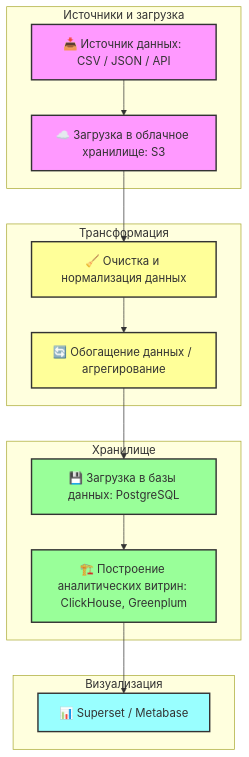
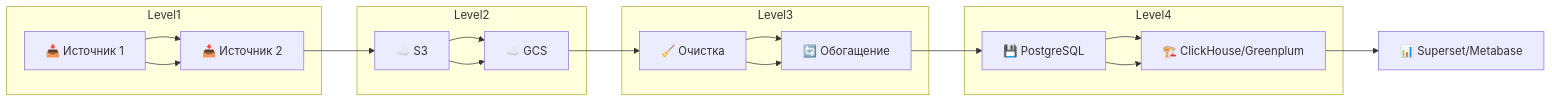
The diagram in README.md (Dia-no-Ace/Dia-no-Ace), drawn with Mermaid before and after one commit.

````diff
--- a/README.md
+++ b/README.md
@@ -29,35 +29,35 @@
 ```mermaid
-flowchart TB
-    %% Первый уровень: источники и загрузка
-    subgraph Источники и загрузка
-        A[📥 Источник данных: CSV / JSON / API] --> B[☁️ Загрузка в облачное хранилище: S3]
+flowchart LR
+    %% Уровень 1: Источники данных
+    A1[📥 Источник 1] --> A2[📥 Источник 2]
+    subgraph Level1
+        A1 --> A2
     end
 
-    %% Второй уровень: трансформация
-    subgraph Трансформация
-        B --> C[🧹 Очистка и нормализация данных]
-        C --> D[🔄 Обогащение данных / агрегирование]
+    %% Уровень 2: Загрузка в облако
+    B1[☁️ S3] --> B2[☁️ GCS]
+    subgraph Level2
+        B1 --> B2
     end
 
-    %% Третий уровень: хранилище
-    subgraph Хранилище
-        D --> E[💾 Загрузка в базы данных: PostgreSQL]
-        E --> F[🏗️ Построение аналитических витрин: ClickHouse, Greenplum]
+    %% Уровень 3: Трансформация
+    C1[🧹 Очистка] --> C2[🔄 Обогащение]
+    subgraph Level3
+        C1 --> C2
     end
 
-    %% Четвертый уровень: визуализация
-    subgraph Визуализация
-        F --> G[📊 Superset / Metabase]
+    %% Уровень 4: Хранилище и витрины
+    D1[💾 PostgreSQL] --> D2[🏗️ ClickHouse/Greenplum]
+    subgraph Level4
+        D1 --> D2
     end
 
-    %% Стили
-    classDef source fill:#f9f,stroke:#333,stroke-width:2px;
-    classDef transform fill:#ff9,stroke:#333,stroke-width:2px;
-    classDef storage fill:#9f9,stroke:#333,stroke-width:2px;
-    classDef analytics fill:#9ff,stroke:#333,stroke-width:2px;
+    %% Уровень 5: Визуализация
+    E[📊 Superset/Metabase]
 
-    class A,B source;
-    class C,D transform;
-    class E,F storage;
-    class G analytics;
+    %% Соединяем уровни слева направо
+    A2 --> B1
+    B2 --> C1
+    C2 --> D1
+    D2 --> E
 ```
````
